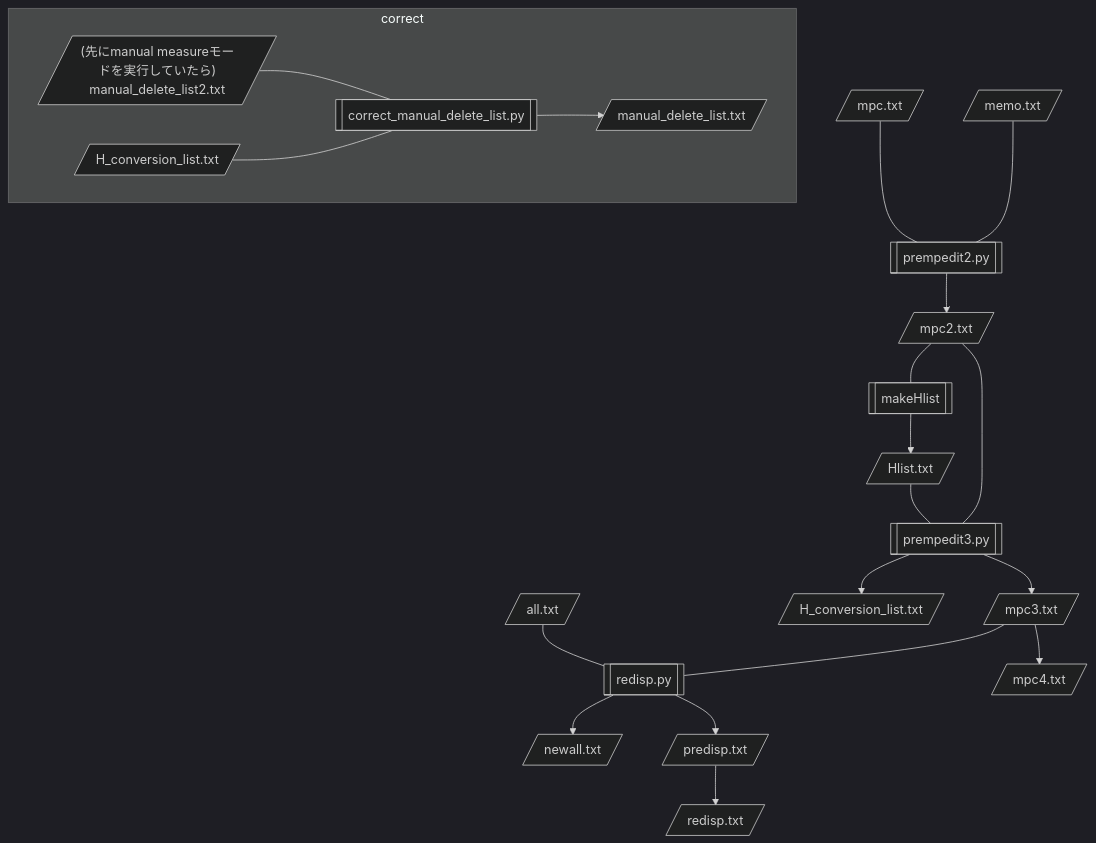
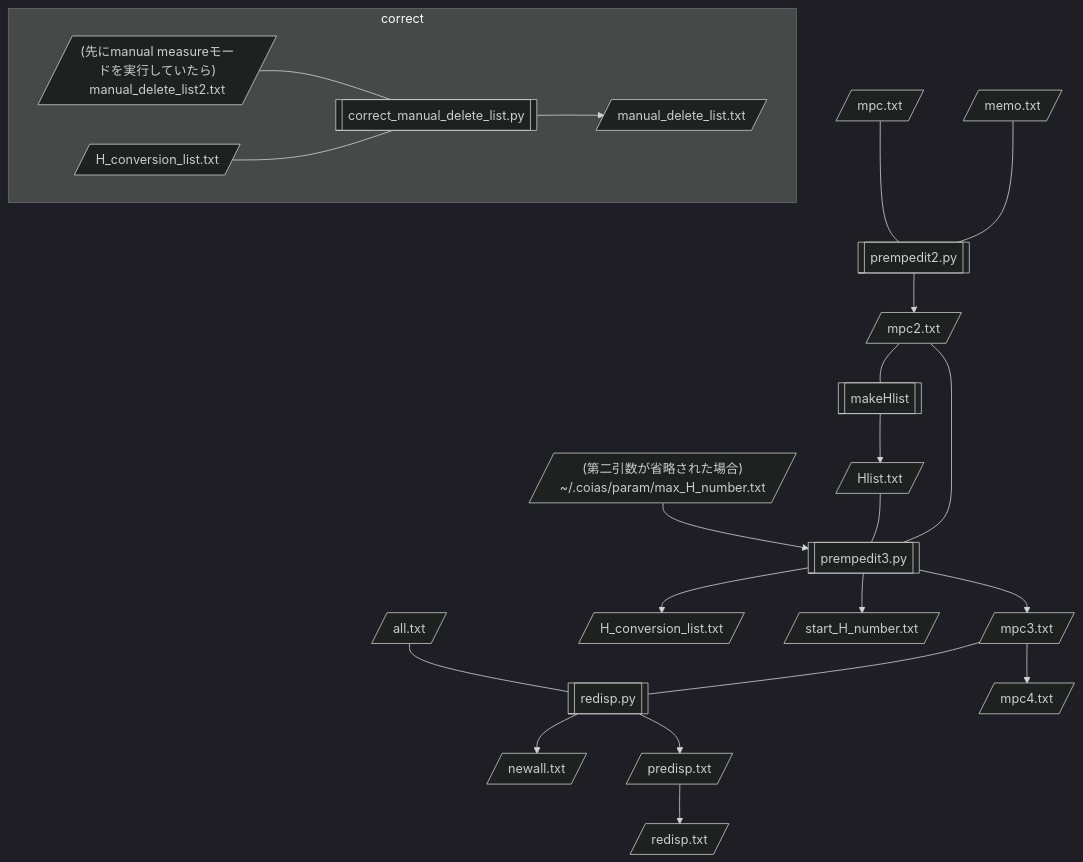
Before and after one commit to COIAS-program/COIAS_program_github: the diagram in flowcharts/flowchart5-AstsearchR_between_COIAS_and_ReCOIAS.md, drawn with Mermaid (dark theme). The commit also changed 3 other files, not shown here.

```````diff
--- a/flowcharts/flowchart5-AstsearchR_between_COIAS_and_ReCOIAS.md
+++ b/flowcharts/flowchart5-AstsearchR_between_COIAS_and_ReCOIAS.md
@@ -3,45 +3,49 @@
 ```mermaid
 flowchart TD
     A[/memo.txt/] --- B[[prempedit2.py]]
     C[/mpc.txt/] --- B
     B --> D[/mpc2.txt/]
     D --- E[[makeHlist]]
     E --> F[/Hlist.txt/]
     D --- G[[prempedit3.py]]
     F --- G
+	T[/"(第二引数が省略された場合)\n~/.coias/param/max_H_number.txt"/] --> G
     G --> H[/mpc3.txt/]
     G --> I[/H_conversion_list.txt/]
+    G --> U[/start_H_number.txt/]
     H --- J[[redisp.py]]
     H --> K[/mpc4.txt/]
     L[/all.txt/] --- J
     J --> M[/newall.txt/]
     J --> N[/predisp.txt/]
     N --> O[/redisp.txt/]
 
     subgraph correct
         P[/"(先にmanual measureモードを実行していたら)"\nmanual_delete_list2.txt/] --- Q[[correct_manual_delete_list.py]]
         R[/H_conversion_list.txt/] --- Q
         Q --> S[/manual_delete_list.txt/]
     end
 
     click B "https://github.com/COIAS-program/COIAS_program_github/blob/main/src6_between_COIAS_and_ReCOIAS/prempedit2.py"
     click E "https://github.com/COIAS-program/COIAS_program_github/blob/main/src6_between_COIAS_and_ReCOIAS/makeHlist"
     click G "https://github.com/COIAS-program/COIAS_program_github/blob/main/src6_between_COIAS_and_ReCOIAS/prempedit3.py"
     click J "https://github.com/COIAS-program/COIAS_program_github/blob/main/src6_between_COIAS_and_ReCOIAS/redisp.py"
     click Q "https://github.com/COIAS-program/COIAS_program_github/blob/main/src6_between_COIAS_and_ReCOIAS/correct_manual_delete_list.py"
     
     click A "https://github.com/COIAS-program/COIAS_program_github/blob/main/flowcharts/sample5/memo.txt"
     click C "https://github.com/COIAS-program/COIAS_program_github/blob/main/flowcharts/sample4/mpc.txt"
     click D "https://github.com/COIAS-program/COIAS_program_github/blob/main/flowcharts/sample5/mpc2.txt"
     click F "https://github.com/COIAS-program/COIAS_program_github/blob/main/flowcharts/sample5/Hlist.txt"
     click H "https://github.com/COIAS-program/COIAS_program_github/blob/main/flowcharts/sample5/mpc3.txt"
     click I "https://github.com/COIAS-program/COIAS_program_github/blob/main/flowcharts/sample5/H_conversion_list.txt"
     click K "https://github.com/COIAS-program/COIAS_program_github/blob/main/flowcharts/sample5/mpc4.txt"
     click L "https://github.com/COIAS-program/COIAS_program_github/blob/main/flowcharts/sample4/all.txt"
     click M "https://github.com/COIAS-program/COIAS_program_github/blob/main/flowcharts/sample5/newall.txt"
     click N "https://github.com/COIAS-program/COIAS_program_github/blob/main/flowcharts/sample5/predisp.txt"
     click O "https://github.com/COIAS-program/COIAS_program_github/blob/main/flowcharts/sample5/redisp.txt"
     click P "https://github.com/COIAS-program/COIAS_program_github/blob/main/flowcharts/sample6/manual_delete_list2.txt"
     click R "https://github.com/COIAS-program/COIAS_program_github/blob/main/flowcharts/sample5/H_conversion_list.txt"
     click S "https://github.com/COIAS-program/COIAS_program_github/blob/main/flowcharts/sample6/manual_delete_list.txt"
+    click T "https://github.com/COIAS-program/COIAS_program_github/blob/main/flowcharts/sample5/max_H_number.txt"
+    click U "https://github.com/COIAS-program/COIAS_program_github/blob/main/flowcharts/sample5/start_H_number.txt"
 ``````
```````
